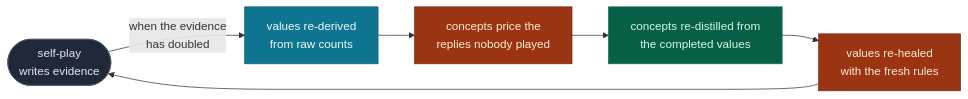
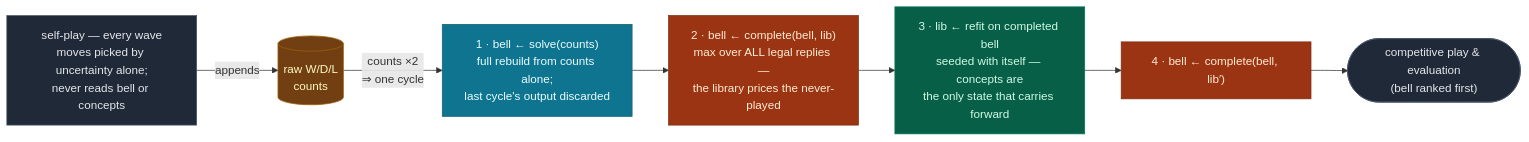
One commit to MatheweB/WiseExplorer changed the ninth of 9 diagrams in README.md. Above: the diagram before and after it, drawn with Mermaid. The commit also changed other lines of this file and 3 other files, not shown here.

````diff
--- a/README.md
+++ b/README.md
@@ -583,12 +587,14 @@
 ```mermaid
 flowchart LR
+    classDef pl fill:#1f2937,stroke:#475569,color:#e5e7eb
+    classDef db fill:#713f12,stroke:#a16207,color:#fef9c3
     classDef ev fill:#0e7490,stroke:#155e75,color:#ecfeff
-    classDef he fill:#9a3412,stroke:#7c2d12,color:#ffedd5
+    classDef co fill:#9a3412,stroke:#7c2d12,color:#ffedd5
     classDef di fill:#065f46,stroke:#047857,color:#d1fae5
-    classDef pl fill:#1f2937,stroke:#475569,color:#e5e7eb
-    P(["self-play<br/>writes evidence"]):::pl -->|"when the evidence<br/>has doubled"| S["values re-derived<br/>from raw counts"]:::ev
-    S --> H["concepts price the<br/>replies nobody played"]:::he
-    H --> D["concepts re-distilled from<br/>the completed values"]:::di
-    D --> H2["values re-healed<br/>with the fresh rules"]:::he
-    H2 --> P
+    P["self-play — every wave<br/>moves picked by uncertainty alone;<br/>never reads bell or concepts"]:::pl -->|"appends"| K[("raw W/D/L<br/>counts")]:::db
+    K -->|"counts ×2<br/>⇒ one cycle"| S["1 · bell ← solve(counts)<br/>full rebuild from counts alone;<br/>last cycle's output discarded"]:::ev
+    S --> C1["2 · bell ← complete(bell, lib)<br/>max over ALL legal replies —<br/>the library prices the never-played"]:::co
+    C1 --> D["3 · lib ← refit on completed bell<br/>seeded with itself — concepts are<br/>the only state that carries forward"]:::di
+    D --> C2["4 · bell ← complete(bell, lib′)"]:::co
+    C2 --> OUT(["competitive play & evaluation<br/>(bell ranked first)"]):::pl
 ```
````
